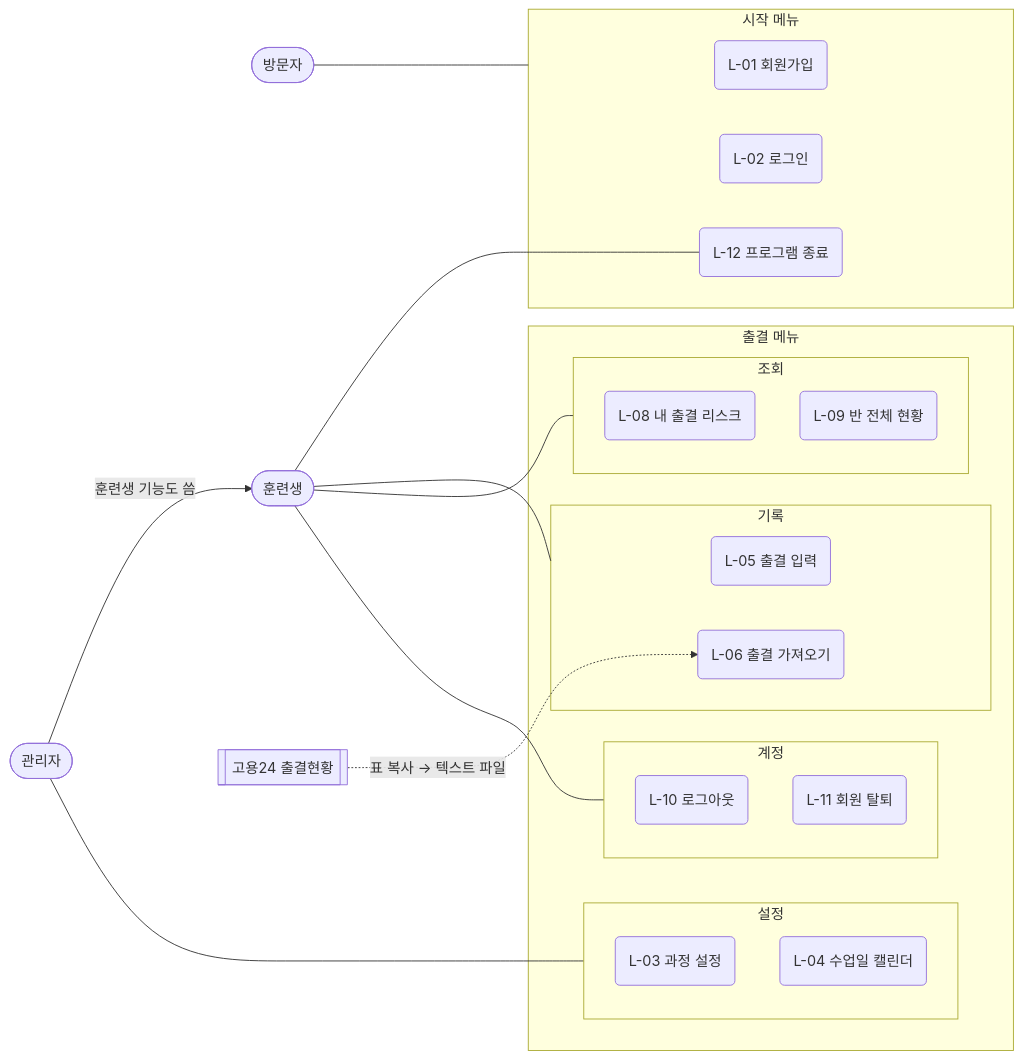
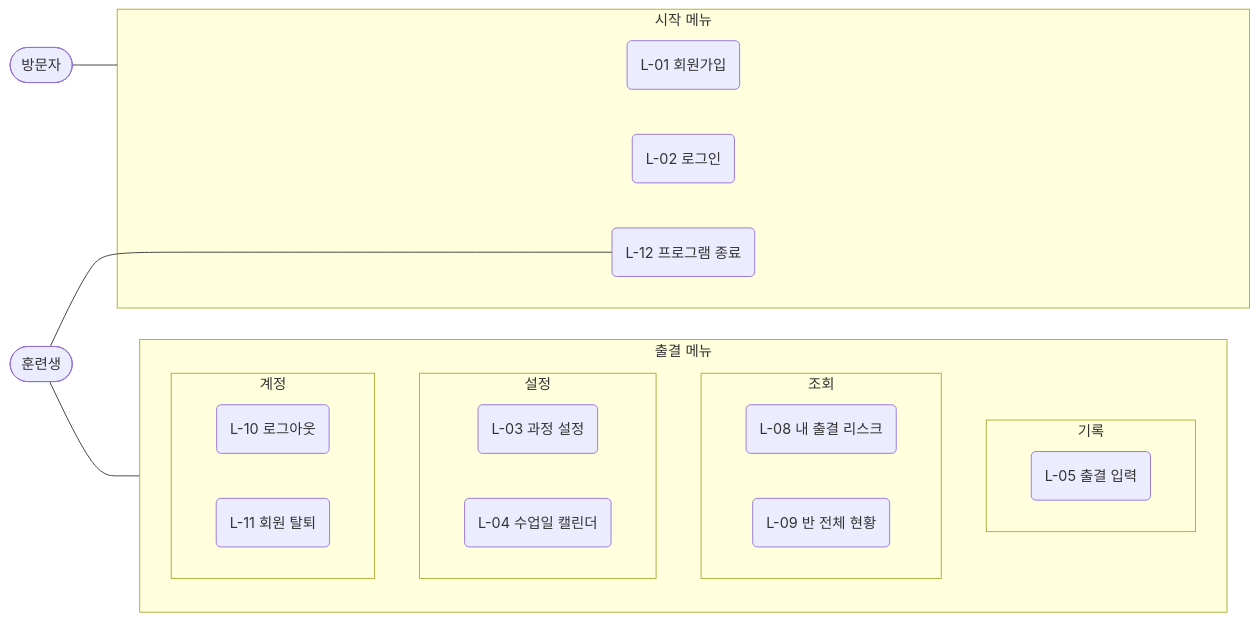
The diagram in docs/PLAN.md (20260921-saltlux-llm-agent-service-2nd/3WHY_java-latecatcher), drawn with Mermaid before and after one commit. The commit also changed other lines of this file and 1 other file, not shown here.

````diff
--- a/docs/PLAN.md
+++ b/docs/PLAN.md
@@ -147,41 +151,33 @@
 ```mermaid
 flowchart LR
     V([방문자])
     T([훈련생])
-    AD([관리자])
-    G[[고용24 출결현황]]
 
     subgraph start [시작 메뉴]
         L01(L-01 회원가입)
         L02(L-02 로그인)
         L12(L-12 프로그램 종료)
     end
 
     subgraph menu [출결 메뉴]
         subgraph record [기록]
             L05(L-05 출결 입력)
-            L06(L-06 출결 가져오기)
         end
         subgraph view [조회]
             L08(L-08 내 출결 리스크)
             L09(L-09 반 전체 현황)
         end
         subgraph setting [설정]
             L03(L-03 과정 설정)
             L04(L-04 수업일 캘린더)
         end
         subgraph account [계정]
             L10(L-10 로그아웃)
             L11(L-11 회원 탈퇴)
         end
     end
 
     V --- start
-    T --- record
-    T --- view
-    T --- account
+    T --- menu
     T --- L12
-    AD -- 훈련생 기능도 씀 --> T
-    AD --- setting
-    G -. 표 복사 → 텍스트 파일 .-> L06
 ```
````
